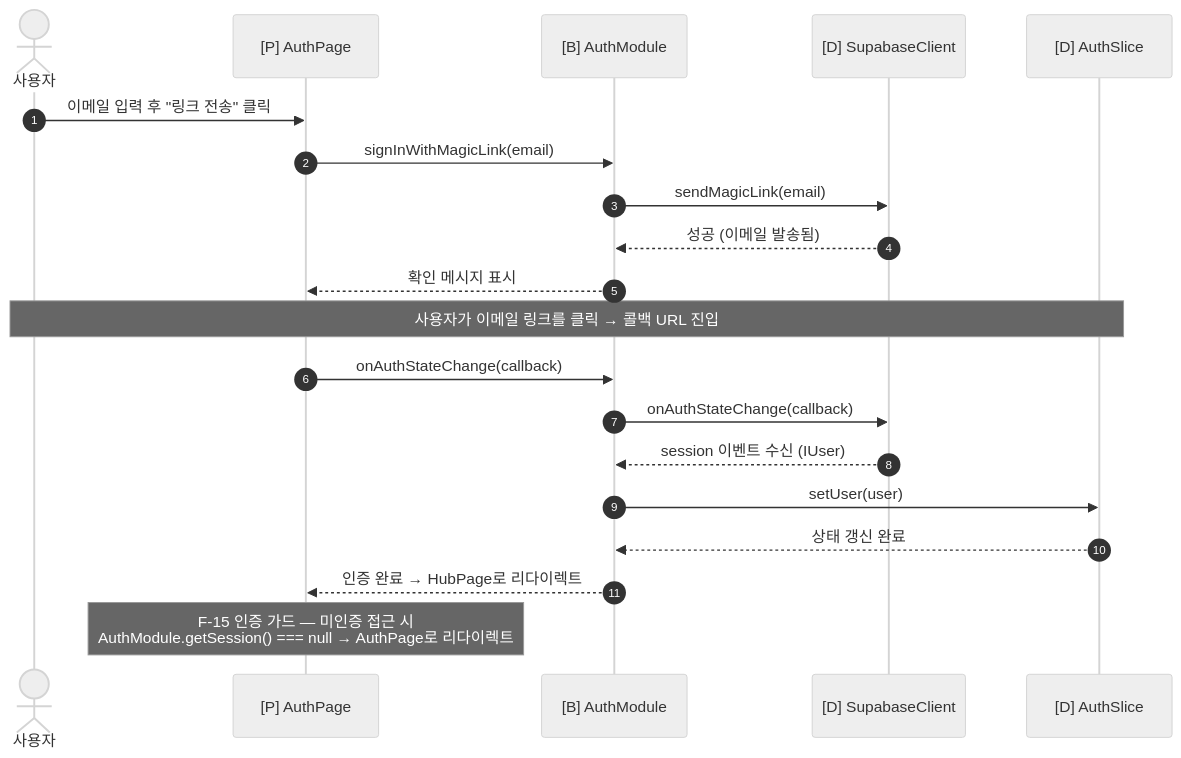
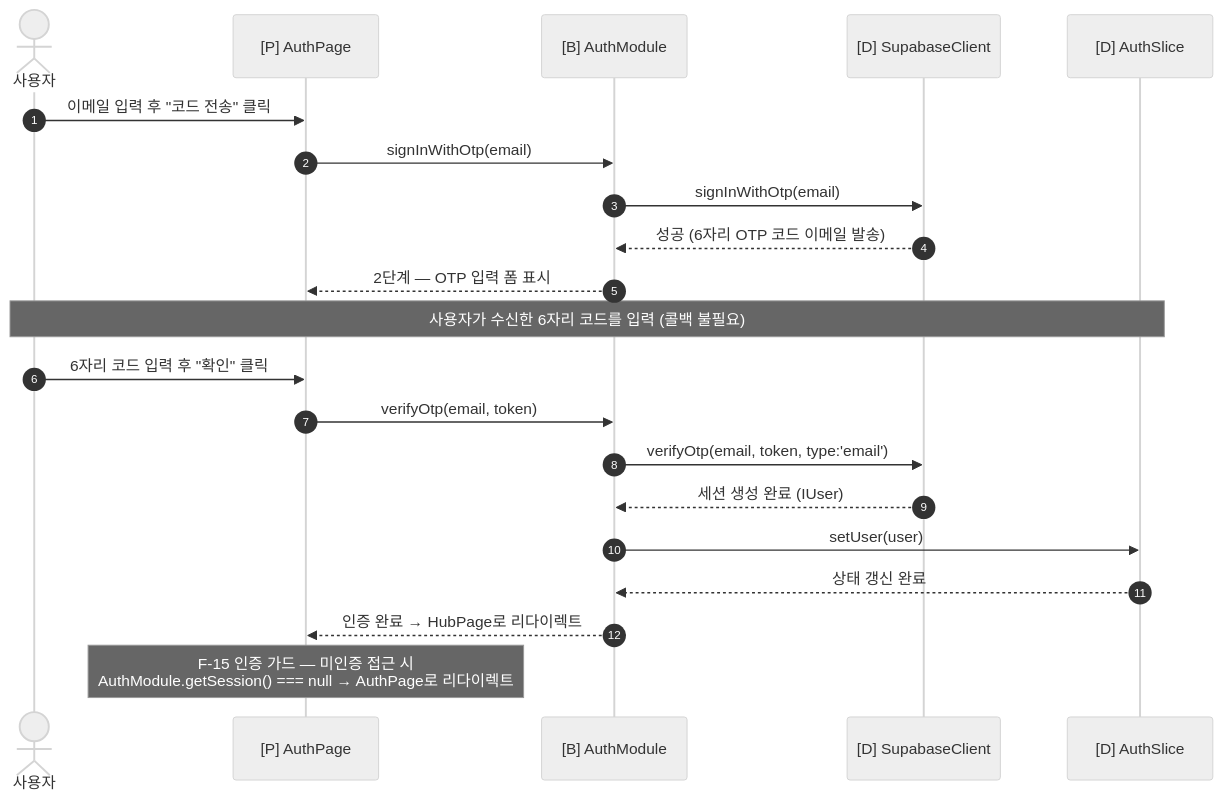
The second of 5 diagrams in docs/03-design/uml-v2.0.md (GiToon10100011/gameCup), drawn with Mermaid (neutral theme) before and after one commit. The commit also changed other lines of this file and 8 other files, not shown here.

First line of the commit message:
docs: 매직링크→OTP 이메일 인증 문서 전체 정합화 (#139) (#140)

````diff
--- a/docs/03-design/uml-v2.0.md
+++ b/docs/03-design/uml-v2.0.md
@@ -346,26 +347,27 @@
 ```mermaid
 sequenceDiagram
     autonumber
     actor User as 사용자
     participant AuthPage as [P] AuthPage
     participant AuthModule as [B] AuthModule
     participant SupabaseClient as [D] SupabaseClient
     participant AuthSlice as [D] AuthSlice
 
-    User->>AuthPage: 이메일 입력 후 "링크 전송" 클릭
-    AuthPage->>AuthModule: signInWithMagicLink(email)
-    AuthModule->>SupabaseClient: sendMagicLink(email)
-    SupabaseClient-->>AuthModule: 성공 (이메일 발송됨)
-    AuthModule-->>AuthPage: 확인 메시지 표시
+    User->>AuthPage: 이메일 입력 후 "코드 전송" 클릭
+    AuthPage->>AuthModule: signInWithOtp(email)
+    AuthModule->>SupabaseClient: signInWithOtp(email)
+    SupabaseClient-->>AuthModule: 성공 (6자리 OTP 코드 이메일 발송)
+    AuthModule-->>AuthPage: 2단계 — OTP 입력 폼 표시
 
-    Note over User,AuthSlice: 사용자가 이메일 링크를 클릭 → 콜백 URL 진입
+    Note over User,AuthSlice: 사용자가 수신한 6자리 코드를 입력 (콜백 불필요)
 
-    AuthPage->>AuthModule: onAuthStateChange(callback)
-    AuthModule->>SupabaseClient: onAuthStateChange(callback)
-    SupabaseClient-->>AuthModule: session 이벤트 수신 (IUser)
+    User->>AuthPage: 6자리 코드 입력 후 "확인" 클릭
+    AuthPage->>AuthModule: verifyOtp(email, token)
+    AuthModule->>SupabaseClient: verifyOtp(email, token, type:'email')
+    SupabaseClient-->>AuthModule: 세션 생성 완료 (IUser)
     AuthModule->>AuthSlice: setUser(user)
     AuthSlice-->>AuthModule: 상태 갱신 완료
     AuthModule-->>AuthPage: 인증 완료 → HubPage로 리다이렉트
 
     Note over AuthPage: F-15 인증 가드 — 미인증 접근 시<br/>AuthModule.getSession() === null → AuthPage로 리다이렉트
 ```
````
